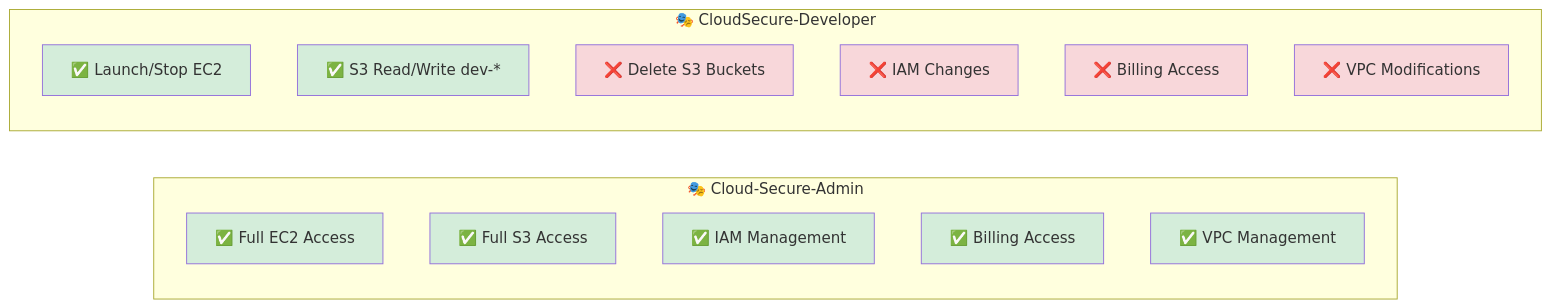
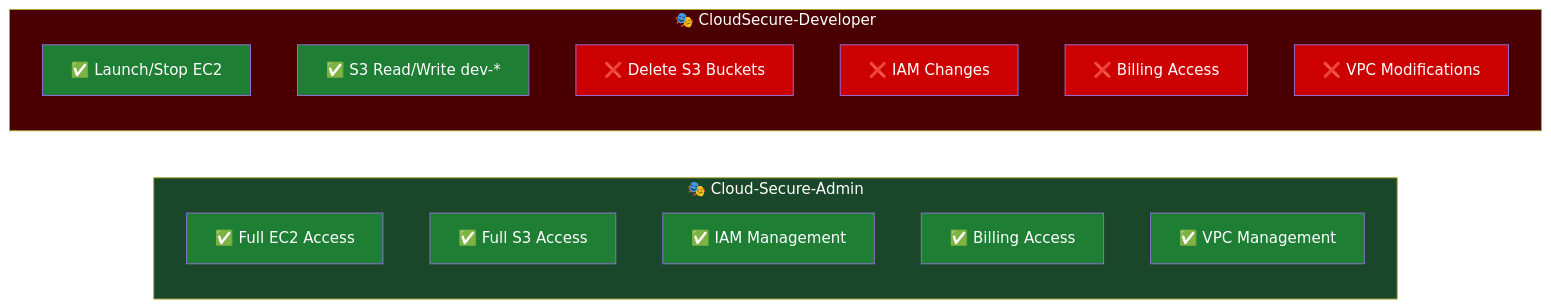
Before and after one commit to Abhikarthik3104/CloudSecure-IAM-Project: the third of 6 diagrams in Readme.md, drawn with Mermaid. The commit also changed other lines of this file, not shown here.

Commit message:
Fix all diagram colors - dark backgrounds with white text

````diff
--- a/Readme.md
+++ b/Readme.md
@@ -78,31 +80,33 @@
 ```mermaid
 graph LR
     subgraph Admin["🎭 Cloud-Secure-Admin"]
         A1["✅ Full EC2 Access"]
         A2["✅ Full S3 Access"]
         A3["✅ IAM Management"]
         A4["✅ Billing Access"]
         A5["✅ VPC Management"]
     end
-    
+
     subgraph Developer["🎭 CloudSecure-Developer"]
         D1["✅ Launch/Stop EC2"]
         D2["✅ S3 Read/Write dev-*"]
         D3["❌ Delete S3 Buckets"]
         D4["❌ IAM Changes"]
         D5["❌ Billing Access"]
         D6["❌ VPC Modifications"]
     end
-    
-    style A1 fill:#d4edda
-    style A2 fill:#d4edda
-    style A3 fill:#d4edda
-    style A4 fill:#d4edda
-    style A5 fill:#d4edda
-    style D1 fill:#d4edda
-    style D2 fill:#d4edda
-    style D3 fill:#f8d7da
-    style D4 fill:#f8d7da
-    style D5 fill:#f8d7da
-    style D6 fill:#f8d7da
+
+    style Admin fill:#1a472a,color:#ffffff
+    style Developer fill:#4a0000,color:#ffffff
+    style A1 fill:#1e7e34,color:#ffffff
+    style A2 fill:#1e7e34,color:#ffffff
+    style A3 fill:#1e7e34,color:#ffffff
+    style A4 fill:#1e7e34,color:#ffffff
+    style A5 fill:#1e7e34,color:#ffffff
+    style D1 fill:#1e7e34,color:#ffffff
+    style D2 fill:#1e7e34,color:#ffffff
+    style D3 fill:#cc0000,color:#ffffff
+    style D4 fill:#cc0000,color:#ffffff
+    style D5 fill:#cc0000,color:#ffffff
+    style D6 fill:#cc0000,color:#ffffff
 ```
````
